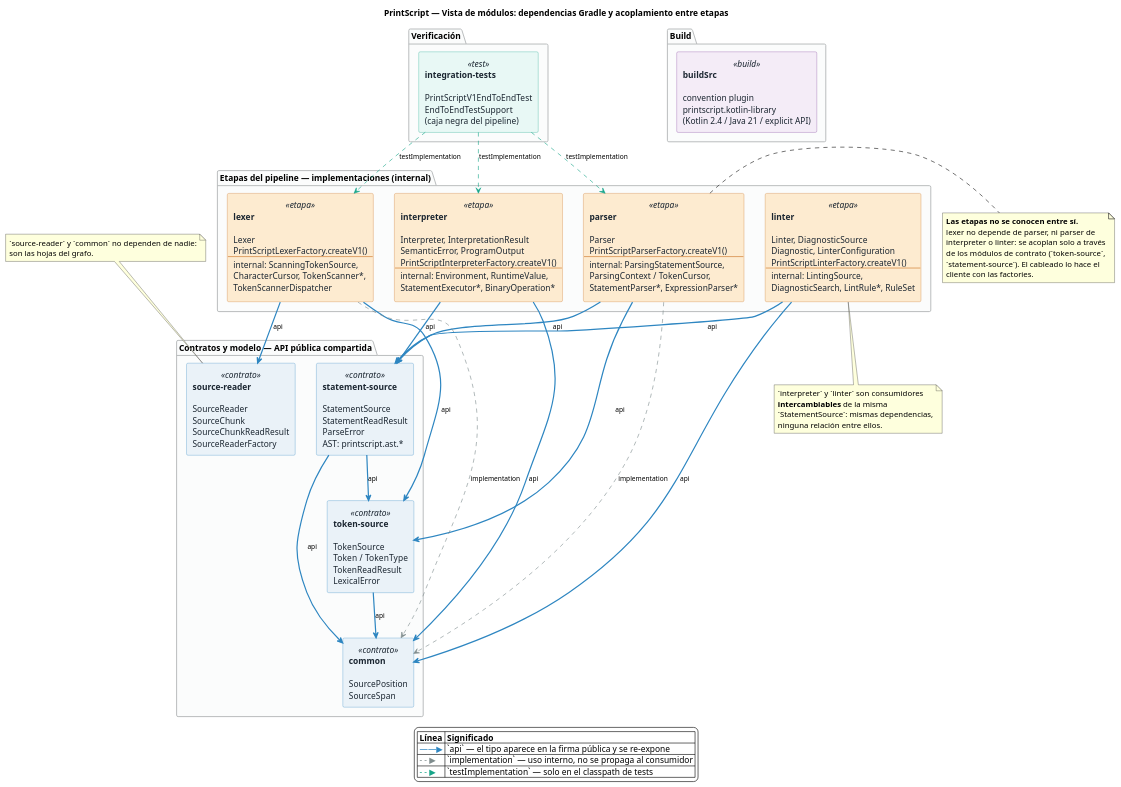
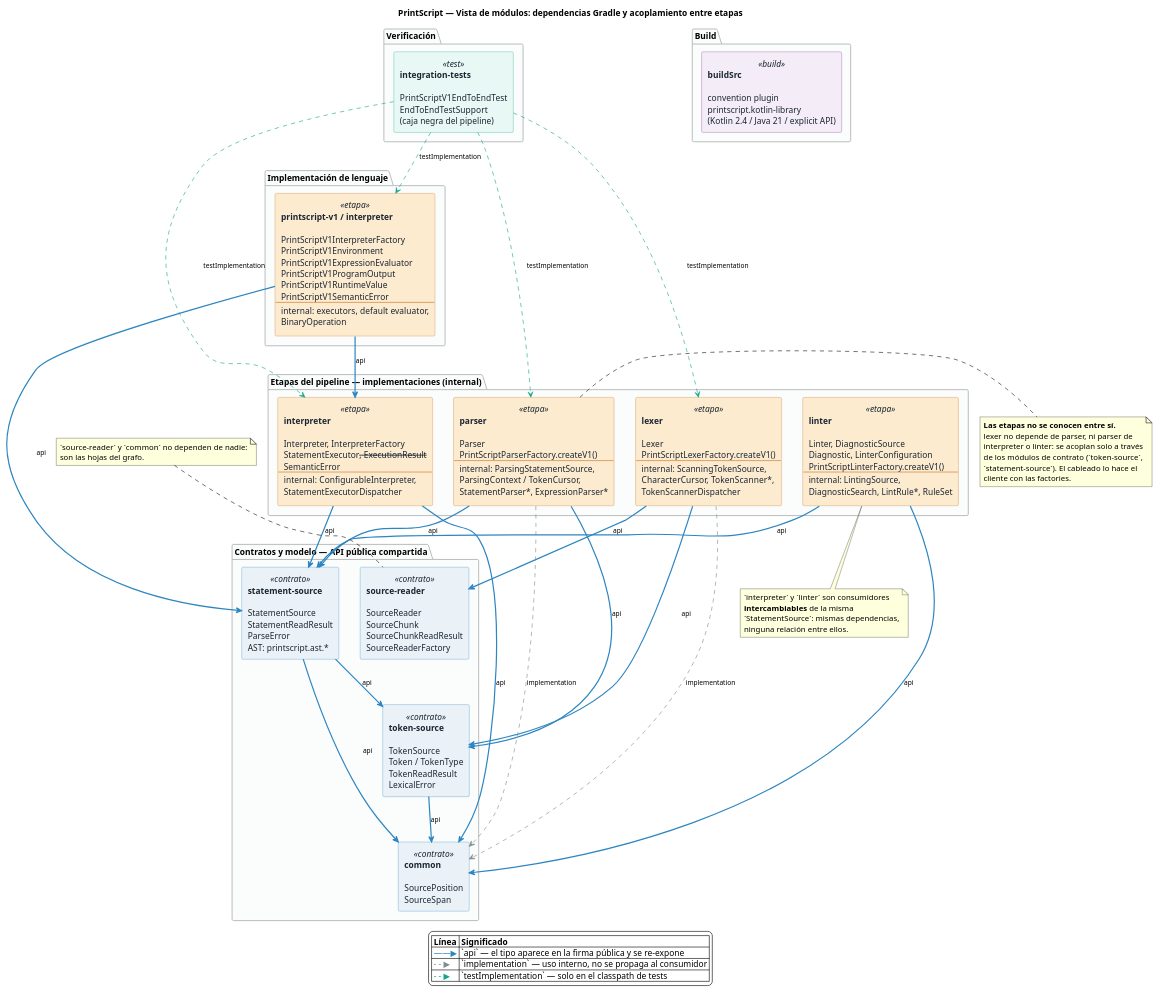
Before and after one commit to JJT-INGSIS/printscript: the diagram in docs/diagrams/modulos.puml, drawn with PlantUML. The commit also changed 80 other files, not shown here.

Commit message:
refactor(interpreter): separa el motor core de PrintScript V1

```diff
--- a/docs/diagrams/modulos.puml
+++ b/docs/diagrams/modulos.puml
@@ -1,98 +1,105 @@
 @startuml printscript-modulos
 title PrintScript — Vista de módulos: dependencias Gradle y acoplamiento entre etapas
 
 skinparam backgroundColor #FFFFFF
 skinparam shadowing false
 skinparam componentStyle rectangle
 skinparam ArrowFontSize 11
 skinparam PackageFontSize 14
 skinparam PackageBorderColor #B3B6B7
 skinparam PackageBackgroundColor #FBFCFC
 skinparam DefaultFontName Helvetica
 
 skinparam rectangle {
   FontColor #1B2631
   BorderColor<<contrato>> #2E86C1
   BackgroundColor<<contrato>> #EAF2F8
   BorderColor<<etapa>> #CA6F1E
   BackgroundColor<<etapa>> #FDEBD0
   BorderColor<<test>> #17A589
   BackgroundColor<<test>> #E8F8F5
   BorderColor<<build>> #7D3C98
   BackgroundColor<<build>> #F4ECF7
 }
 
 package "Verificación" {
   rectangle "**integration-tests**\n\nPrintScriptV1EndToEndTest\nEndToEndTestSupport\n(caja negra del pipeline)" as tests <<test>>
 }
 
 package "Etapas del pipeline — implementaciones (internal)" {
   rectangle "**lexer**\n\nLexer\nPrintScriptLexerFactory.createV1()\n--\ninternal: ScanningTokenSource,\nCharacterCursor, TokenScanner*,\nTokenScannerDispatcher" as lexer <<etapa>>
   rectangle "**parser**\n\nParser\nPrintScriptParserFactory.createV1()\n--\ninternal: ParsingStatementSource,\nParsingContext / TokenCursor,\nStatementParser*, ExpressionParser*" as parser <<etapa>>
-  rectangle "**interpreter**\n\nInterpreter, InterpretationResult\nSemanticError, ProgramOutput\nPrintScriptInterpreterFactory.createV1()\n--\ninternal: Environment, RuntimeValue,\nStatementExecutor*, BinaryOperation*" as interpreter <<etapa>>
+  rectangle "**interpreter**\n\nInterpreter, InterpreterFactory\nStatementExecutor<S>, ExecutionResult\nSemanticError\n--\ninternal: ConfigurableInterpreter,\nStatementExecutorDispatcher" as interpreter <<etapa>>
   rectangle "**linter**\n\nLinter, DiagnosticSource\nDiagnostic, LinterConfiguration\nPrintScriptLinterFactory.createV1()\n--\ninternal: LintingSource,\nDiagnosticSearch, LintRule*, RuleSet" as linter <<etapa>>
+}
+
+package "Implementación de lenguaje" {
+  rectangle "**printscript-v1 / interpreter**\n\nPrintScriptV1InterpreterFactory\nPrintScriptV1Environment\nPrintScriptV1ExpressionEvaluator\nPrintScriptV1ProgramOutput\nPrintScriptV1RuntimeValue\nPrintScriptV1SemanticError\n--\ninternal: executors, default evaluator,\nBinaryOperation" as interpreterv1 <<etapa>>
 }
 
 package "Contratos y modelo — API pública compartida" {
   rectangle "**source-reader**\n\nSourceReader\nSourceChunk\nSourceChunkReadResult\nSourceReaderFactory" as sourcereader <<contrato>>
   rectangle "**token-source**\n\nTokenSource\nToken / TokenType\nTokenReadResult\nLexicalError" as tokensource <<contrato>>
   rectangle "**statement-source**\n\nStatementSource\nStatementReadResult\nParseError\nAST: printscript.ast.*" as statementsource <<contrato>>
   rectangle "**common**\n\nSourcePosition\nSourceSpan" as common <<contrato>>
 }
 
 package "Build" {
   rectangle "**buildSrc**\n\nconvention plugin\nprintscript.kotlin-library\n(Kotlin 2.4 / Java 21 / explicit API)" as buildsrc <<build>>
 }
 
 ' ---- api: la dependencia se re-expone a los consumidores ----
 lexer        -[#2E86C1,bold]-> sourcereader   : api
 lexer        -[#2E86C1,bold]-> tokensource    : api
 parser       -[#2E86C1,bold]-> tokensource    : api
 parser       -[#2E86C1,bold]-> statementsource: api
 interpreter  -[#2E86C1,bold]-> statementsource: api
 interpreter  -[#2E86C1,bold]-> common         : api
+interpreterv1 -[#2E86C1,bold]-> interpreter   : api
+interpreterv1 -[#2E86C1,bold]-> statementsource: api
 linter       -[#2E86C1,bold]-> statementsource: api
 linter       -[#2E86C1,bold]-> common         : api
 statementsource -[#2E86C1,bold]-> tokensource : api
 statementsource -[#2E86C1,bold]-> common      : api
 tokensource  -[#2E86C1,bold]-> common         : api
 
 ' ---- implementation: detalle interno, no se propaga ----
 lexer   .[#7F8C8D].> common : implementation
 parser  .[#7F8C8D].> common : implementation
 
 ' ---- testImplementation ----
 tests .[#17A589].> lexer       : testImplementation
 tests .[#17A589].> parser      : testImplementation
 tests .[#17A589].> interpreter : testImplementation
+tests .[#17A589].> interpreterv1 : testImplementation
 
 note right of parser
   **Las etapas no se conocen entre sí.**
   lexer no depende de parser, ni parser de
   interpreter o linter: se acoplan solo a través
   de los módulos de contrato (`token-source`,
   `statement-source`). El cableado lo hace el
   cliente con las factories.
 end note
 
 note bottom of linter
   `interpreter` y `linter` son consumidores
   **intercambiables** de la misma
   `StatementSource`: mismas dependencias,
   ninguna relación entre ellos.
 end note
 
 note as N1
   `source-reader` y `common` no dependen de nadie:
   son las hojas del grafo.
 end note
 N1 .. sourcereader
 
 legend bottom
   |= Línea |= Significado |
   | <color:#2E86C1>——▶</color> | `api` — el tipo aparece en la firma pública y se re-expone |
   | <color:#7F8C8D>- - ▶</color> | `implementation` — uso interno, no se propaga al consumidor |
   | <color:#17A589>- - ▶</color> | `testImplementation` — solo en el classpath de tests |
 endlegend
 
 @enduml
```
